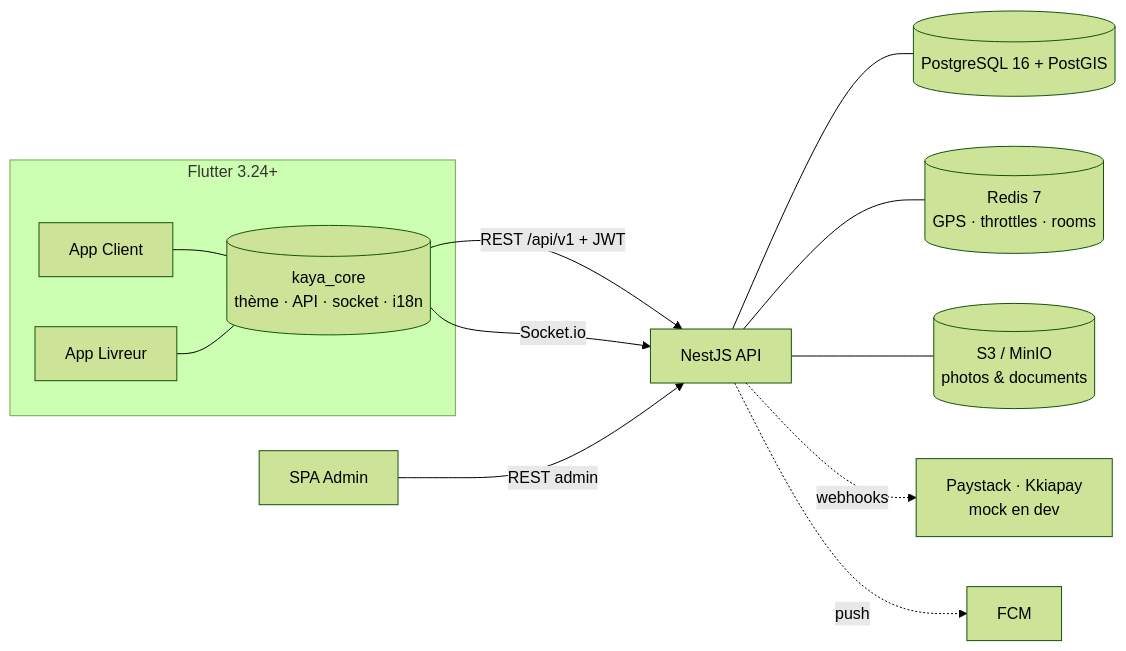
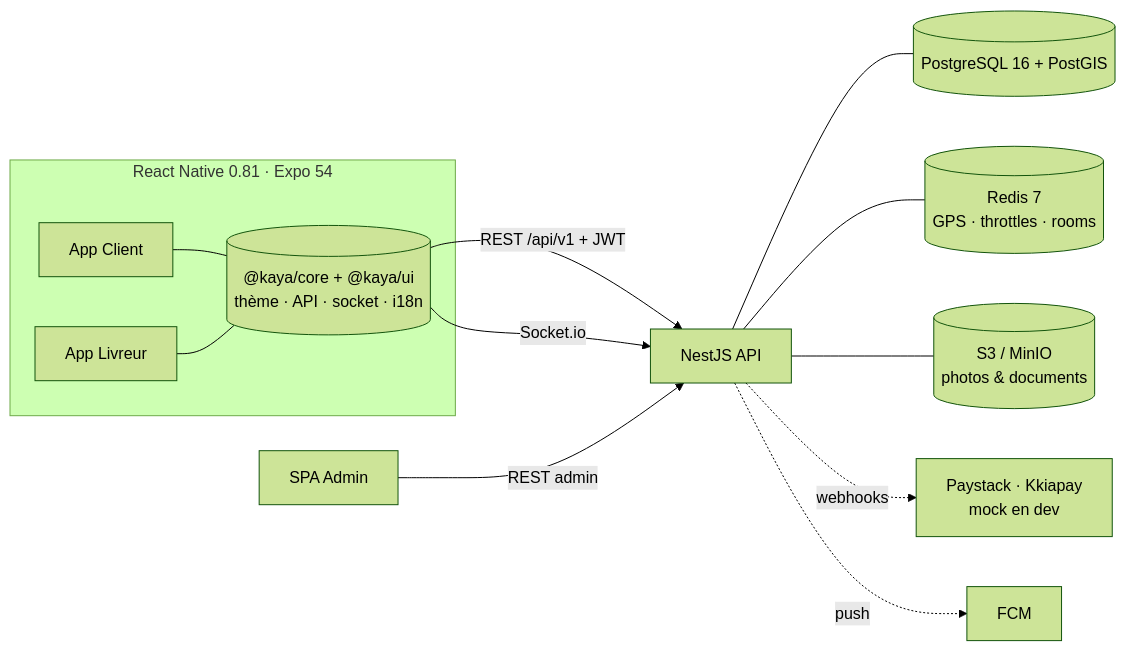
The diagram in README.md (R2osters/kaya), drawn with Mermaid (forest theme) before and after one commit. The commit also changed other lines of this file and 3 other files, not shown here.

````diff
--- a/README.md
+++ b/README.md
@@ -12,15 +12,15 @@
 ```mermaid
 flowchart LR
-  subgraph Mobile [Flutter 3.24+]
-    C[App Client] --- K[(kaya_core<br/>thème · API · socket · i18n)]
+  subgraph Mobile [React Native 0.81 · Expo 54]
+    C[App Client] --- K[("@kaya/core + @kaya/ui<br/>thème · API · socket · i18n")]
     D[App Livreur] --- K
   end
   K -- REST /api/v1 + JWT --> A[NestJS API]
   K -- Socket.io --> A
   A --- P[(PostgreSQL 16 + PostGIS)]
   A --- R[(Redis 7<br/>GPS · throttles · rooms)]
   A --- S[(S3 / MinIO<br/>photos & documents)]
   A -.webhooks.-> G[Paystack · Kkiapay<br/>mock en dev]
   A -.push.-> F[FCM]
   W[SPA Admin] -- REST admin --> A
 ```
````
